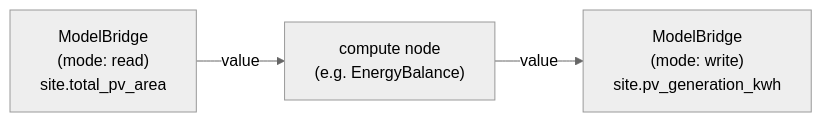
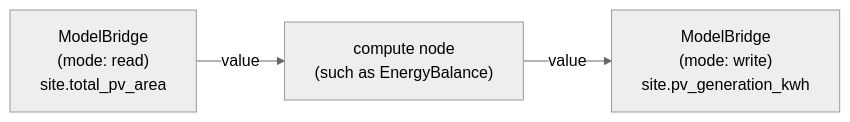
One commit to ReGen-Villages/VillageOS-API changed the diagram in docs/MODELBRIDGE.md. Above: the diagram before and after it, drawn with Mermaid (neutral theme). The commit also changed other lines of this file and 2 other files, not shown here.

````diff
--- a/docs/MODELBRIDGE.md
+++ b/docs/MODELBRIDGE.md
@@ -24,5 +24,5 @@
 ```mermaid
 flowchart LR
-    R["ModelBridge<br/>(mode: read)<br/>site.total_pv_area"] -->|value| C["compute node<br/>(e.g. EnergyBalance)"]
+    R["ModelBridge<br/>(mode: read)<br/>site.total_pv_area"] -->|value| C["compute node<br/>(such as EnergyBalance)"]
     C -->|value| W["ModelBridge<br/>(mode: write)<br/>site.pv_generation_kwh"]
 ```
````
